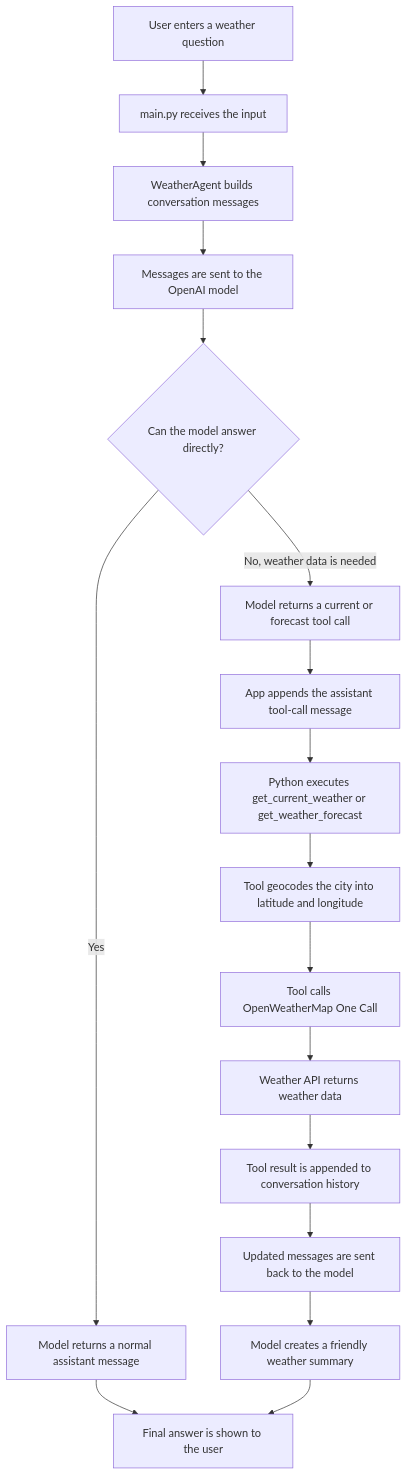
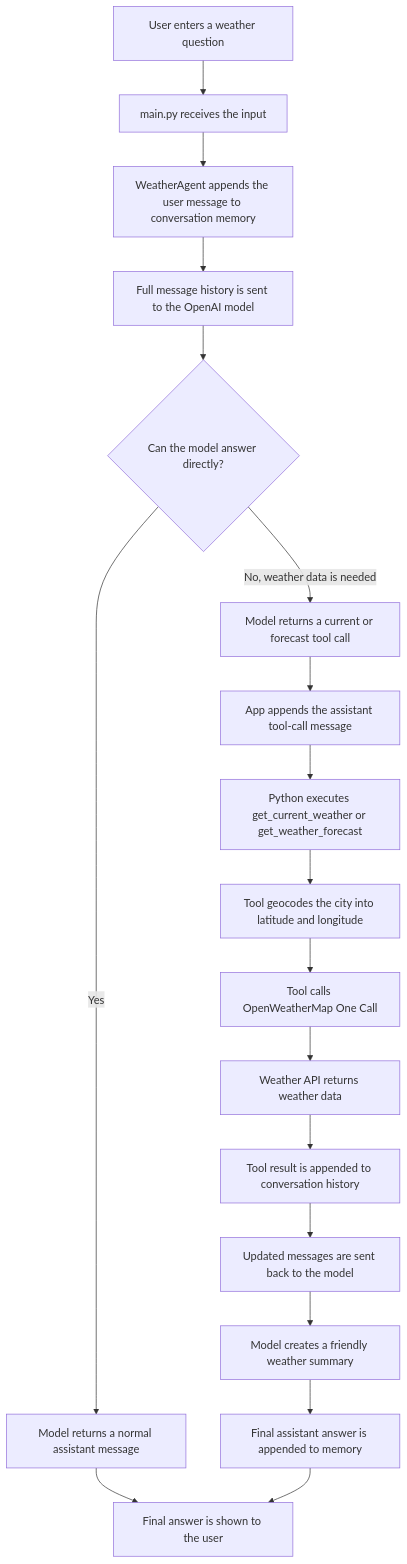
The diagram in README.md (eczhang12/Weather-Agent), drawn with Mermaid before and after one commit. The commit also changed other lines of this file and 1 other file, not shown here.

Commit message:
Implemented preliminary conversation memory for each session

````diff
--- a/README.md
+++ b/README.md
@@ -107,19 +107,20 @@
 ```mermaid
 flowchart TD
     A[User enters a weather question] --> B[main.py receives the input]
-    B --> C[WeatherAgent builds conversation messages]
-    C --> D[Messages are sent to the OpenAI model]
+    B --> C[WeatherAgent appends the user message to conversation memory]
+    C --> D[Full message history is sent to the OpenAI model]
     D --> E{Can the model answer directly?}
     E -->|Yes| F[Model returns a normal assistant message]
     F --> G[Final answer is shown to the user]
     E -->|No, weather data is needed| H[Model returns a current or forecast tool call]
     H --> I[App appends the assistant tool-call message]
     I --> J[Python executes get_current_weather or get_weather_forecast]
     J --> K[Tool geocodes the city into latitude and longitude]
     K --> L[Tool calls OpenWeatherMap One Call]
     L --> M[Weather API returns weather data]
     M --> N[Tool result is appended to conversation history]
     N --> O[Updated messages are sent back to the model]
     O --> P[Model creates a friendly weather summary]
-    P --> G
+    P --> Q[Final assistant answer is appended to memory]
+    Q --> G
 ```
````
